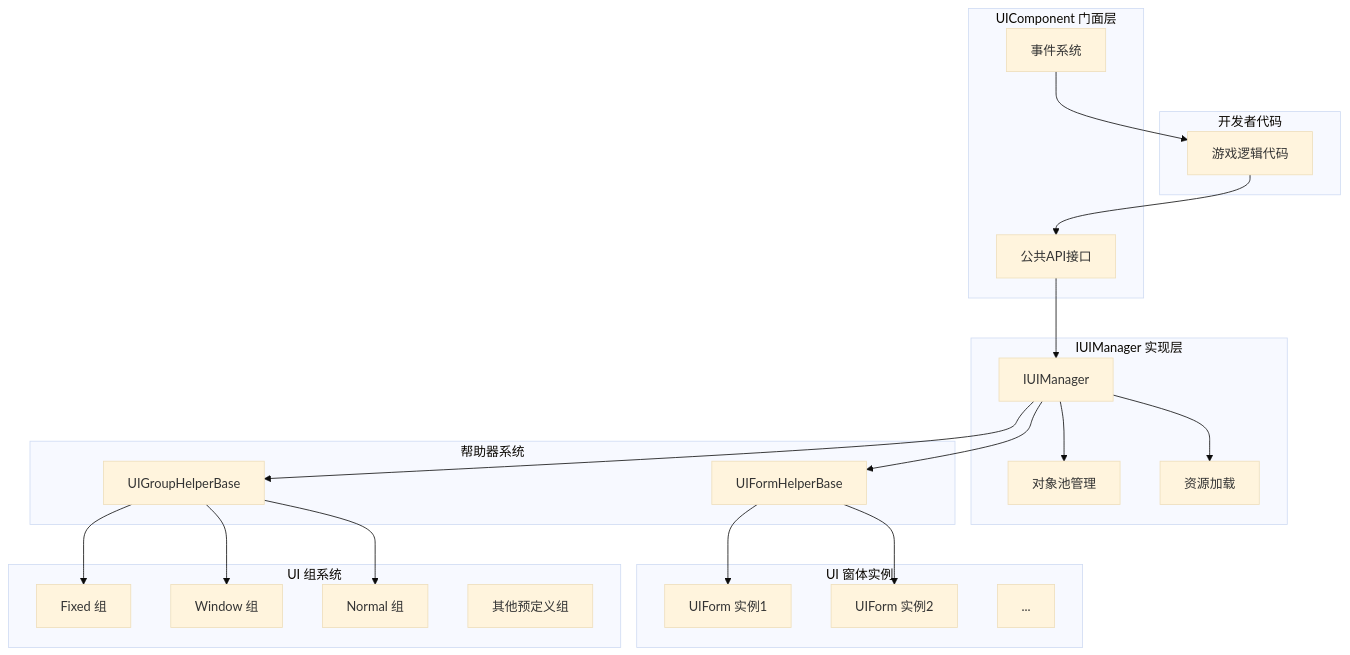
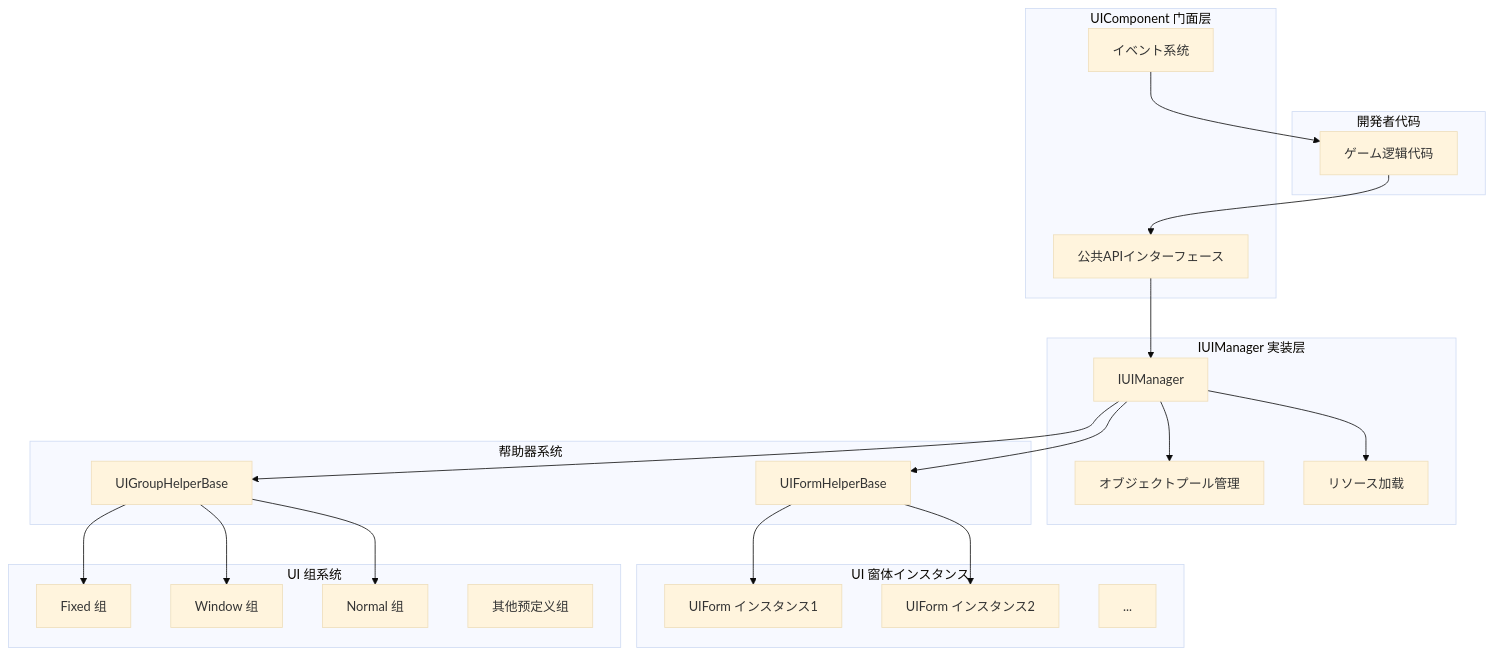
One commit to AlianBlank/GameFrameX.Docs changed the first of 4 diagrams in docs/ja/client/unity/component/ui/04.ui-component.md. Above: the diagram before and after it, drawn with Mermaid (base theme). The commit also changed other lines of this file and 603 other files, not shown here.

````diff
--- a/docs/ja/client/unity/component/ui/04.ui-component.md
+++ b/docs/ja/client/unity/component/ui/04.ui-component.md
@@ -25,48 +25,48 @@
 ```mermaid
 graph TD
-    subgraph 开发者代码
-        GameLogic["游戏逻辑代码"]
+    subgraph 開発者代码
+        GameLogic["ゲーム逻辑代码"]
     end
 
     subgraph UIComponent["UIComponent 门面层"]
-        API["公共API接口"]
-        Events["事件系统"]
+        API["公共APIインターフェース"]
+        Events["イベント系统"]
     end
 
-    subgraph 内部实现["IUIManager 实现层"]
+    subgraph 内部実装["IUIManager 実装层"]
         Manager["IUIManager"]
-        ObjectPool["对象池管理"]
-        AssetLoader["资源加载"]
+        ObjectPool["オブジェクトプール管理"]
+        AssetLoader["リソース加载"]
     end
 
     subgraph 帮助器层["帮助器系统"]
         FormHelper["UIFormHelperBase"]
         GroupHelper["UIGroupHelperBase"]
     end
 
-    subgraph UI窗体["UI 窗体实例"]
-        Form1["UIForm 实例1"]
-        Form2["UIForm 实例2"]
+    subgraph UI窗体["UI 窗体インスタンス"]
+        Form1["UIForm インスタンス1"]
+        Form2["UIForm インスタンス2"]
         FormN["..."]
     end
 
     subgraph UI组["UI 组系统"]
         Group1["Fixed 组"]
         Group2["Window 组"]
         Group3["Normal 组"]
         GroupN["其他预定义组"]
     end
 
     GameLogic --> API
     API --> Manager
     Events --> GameLogic
     Manager --> ObjectPool
     Manager --> AssetLoader
     Manager --> FormHelper
     Manager --> GroupHelper
     FormHelper --> Form1
     FormHelper --> Form2
     GroupHelper --> Group1
     GroupHelper --> Group2
     GroupHelper --> Group3
 ```
````
